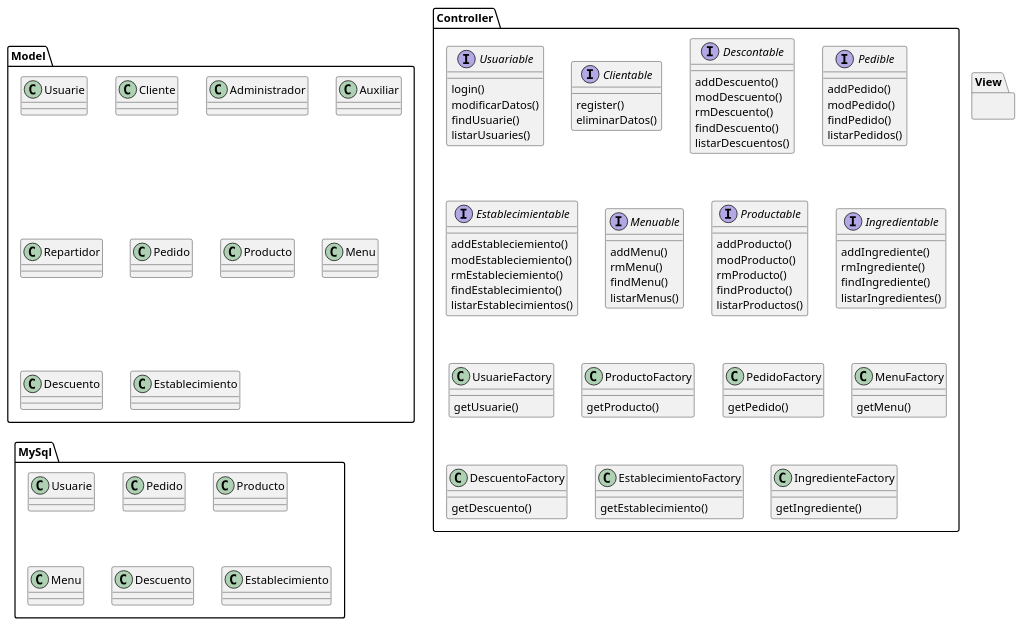
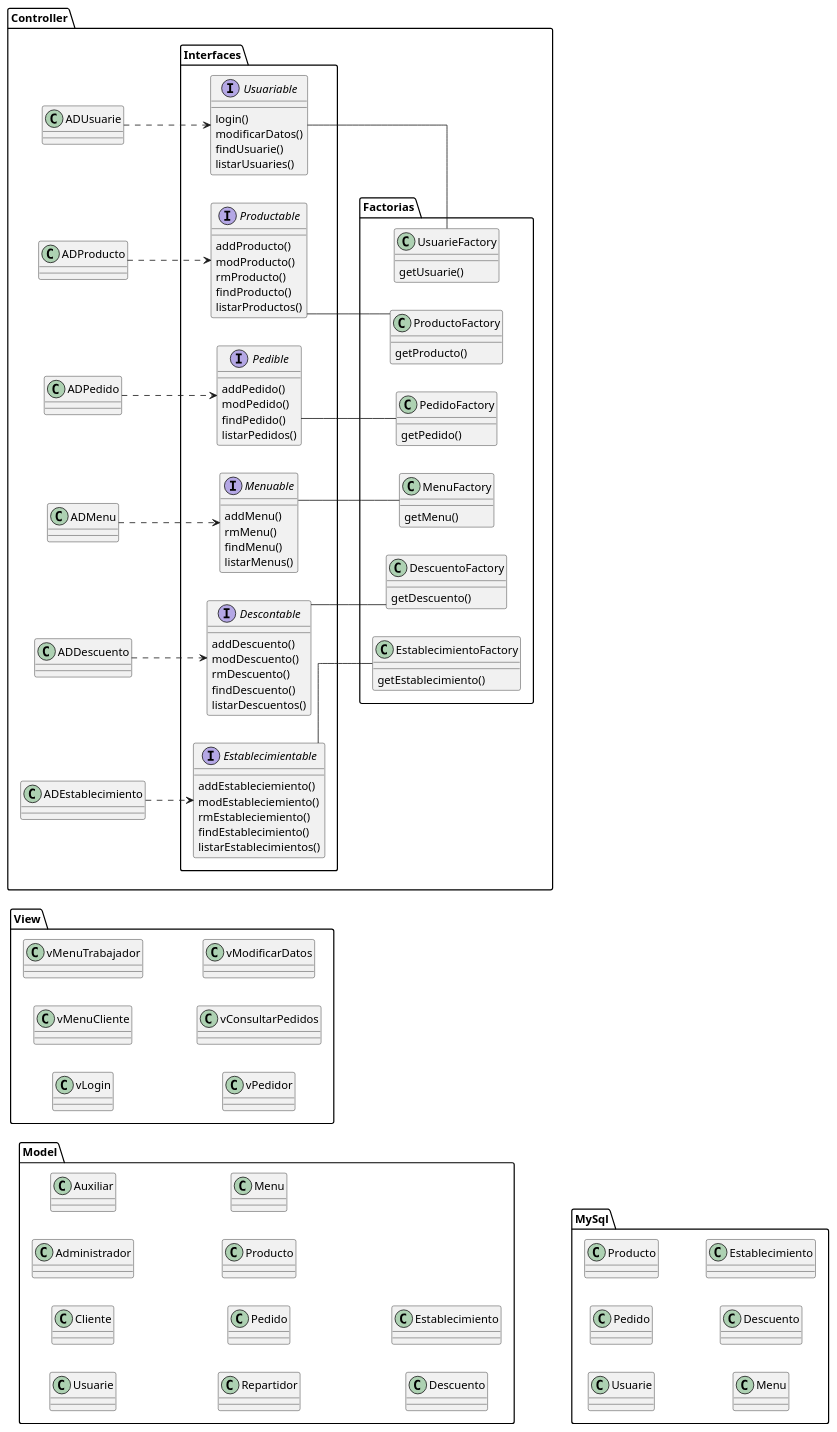
One commit to joana-renteria/taco.bell changed the diagram in uml/as.uml.puml. Above: the diagram before and after it, drawn with PlantUML. The commit also changed 1 other file, not shown here.

Commit message:
añadir interfaces y factorias y sus respectivas relaciones

```diff
--- a/uml/as.uml.puml
+++ b/uml/as.uml.puml
@@ -1,118 +1,145 @@
 @startuml
 
+left to right direction
+
+skinparam linetype ortho
+
 package "Model" {
-		class Usuarie {
-		}
-		class Cliente {
-		}
-		class Administrador {
-		}
-		class Auxiliar {
-		}
-		class Repartidor {
-		}
-		class Pedido {
-		}
-		class Producto {
-		}
-		class Menu {
-		}
-		class Descuento {
-		}
-		class Establecimiento {
-		}
+	class Usuarie {
+	}
+	class Cliente {
+	}
+	class Administrador {
+	}
+	class Auxiliar {
+	}
+	class Repartidor {
+	}
+	class Pedido {
+	}
+	class Producto {
+	}
+	class Menu {
+	}
+	class Descuento {
+	}
+	class Establecimiento {
+	}
 }
 
 package "View" {
+	class vLogin
+	class vMenuCliente
+	class vMenuTrabajador
+	class vPedidor
+	class vConsultarPedidos
+	class vModificarDatos
 }
 
 package "Controller" {
+	class ADUsuarie {
+	}
+	class ADProducto {
+	}
+	class ADPedido {
+	}
+	class ADMenu{
+	}
+	class ADDescuento {
+	}
+	class ADEstablecimiento {
+	}
+	package "Interfaces" {
 		interface Usuariable {
 			login()
 			modificarDatos()
 			findUsuarie()
 			listarUsuaries()
-		}
-		interface Clientable {
-			register()
-			eliminarDatos()
 		}
 		interface Descontable {
 			addDescuento()
 			modDescuento()
 			rmDescuento()
 			findDescuento()
 			listarDescuentos()
 		}
 		interface Pedible {
 			addPedido()
 			modPedido()
 			findPedido()
 			listarPedidos()
 		}
 		interface Establecimientable {
 			addEstableciemiento()
 			modEstableciemiento()
 			rmEstableciemiento()
 			findEstablecimiento()
 			listarEstablecimientos()
 		}
 		interface Menuable {
 			addMenu()
 			rmMenu()
 			findMenu()
 			listarMenus()
 		}
 		interface Productable {
 			addProducto()
 			modProducto()
 			rmProducto()
 			findProducto()
 			listarProductos()
 		}
-		interface Ingredientable {
-			addIngrediente()
-			rmIngrediente()
-			findIngrediente()
-			listarIngredientes()
-		}
+	}
 
+	package "Factorias" {
 		class UsuarieFactory {
 			getUsuarie()
 		}
 		class ProductoFactory {
 			getProducto()
 		}
 		class PedidoFactory {
 			getPedido()
 		}
 		class MenuFactory {
 			getMenu()
 		}
 		class DescuentoFactory {
 			getDescuento()
 		}
 		class EstablecimientoFactory {
 			getEstablecimiento()
 		}
-		class IngredienteFactory {
-			getIngrediente()
-		}
+	}
 }
 
 package "MySql" {
 		class Usuarie {
 		}
 		class Pedido {
 		}
 		class Producto {
 		}
 		class Menu {
 		}
 		class Descuento {
 		}
 		class Establecimiento {
 		}
 }
 
+ADUsuarie ..> Usuariable
+ADProducto ..> Productable
+ADPedido ..> Pedible
+ADMenu ..> Menuable
+ADDescuento ..> Descontable
+ADEstablecimiento ..> Establecimientable
+
+Usuariable -- UsuarieFactory
+Productable -- ProductoFactory
+Pedible -- PedidoFactory
+Menuable -- MenuFactory
+Descontable -- DescuentoFactory
+Establecimientable -- EstablecimientoFactory
+
 @enduml
```
